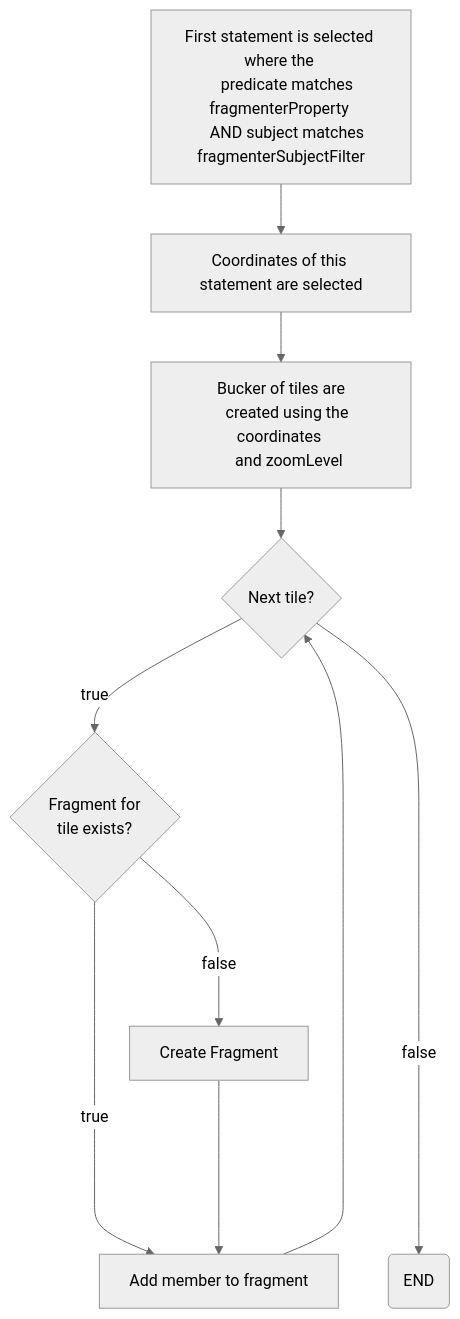
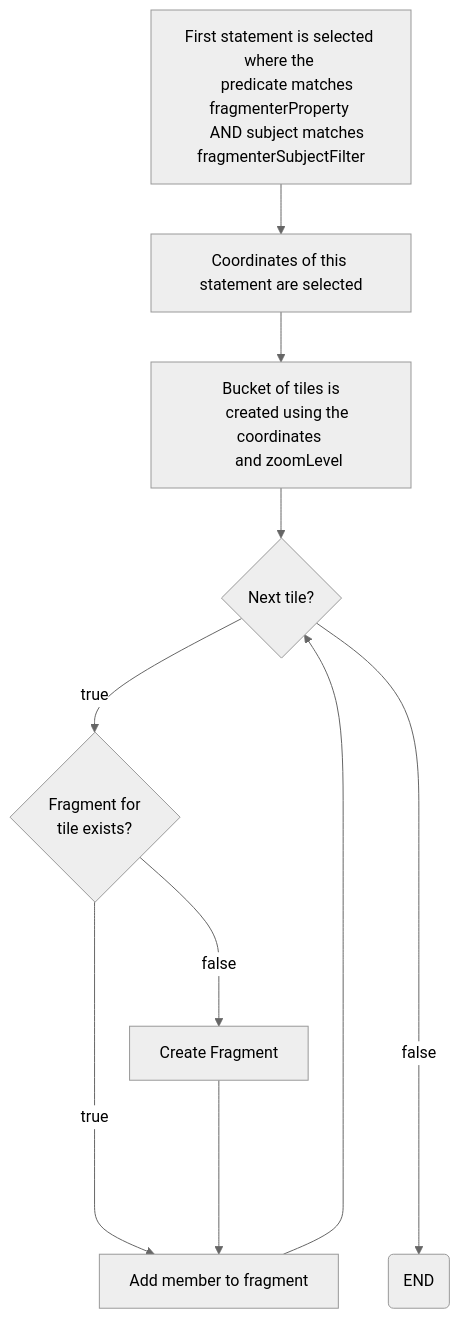
The diagram in docs/_configuration/fragmentations/geospatial.md (Informatievlaanderen/VSDS-LDESServer4J), drawn with Mermaid (neutral theme) before and after one commit. The commit also changed other lines of this file, not shown here.

`````diff
--- a/docs/_configuration/fragmentations/geospatial.md
+++ b/docs/_configuration/fragmentations/geospatial.md
@@ -38,19 +38,19 @@
 ````mermaid
 flowchart TD
     A[First statement is selected where the 
     predicate matches fragmenterProperty 
     AND subject matches fragmenterSubjectFilter] --> B
     B[Coordinates of this statement are selected] --> C
-    C[Bucker of tiles are
+    C[Bucket of tiles is
     created using the coordinates 
     and zoomLevel] --> D{Next tile?}
     
     D --> |true| E{Fragment for 
     tile exists?}
     E --->|false| F[Create Fragment]
     E -->|true| G[Add member to fragment]
     F ----> G
     D -------> |false| END(END)
     G --> D
   
 ````
`````
